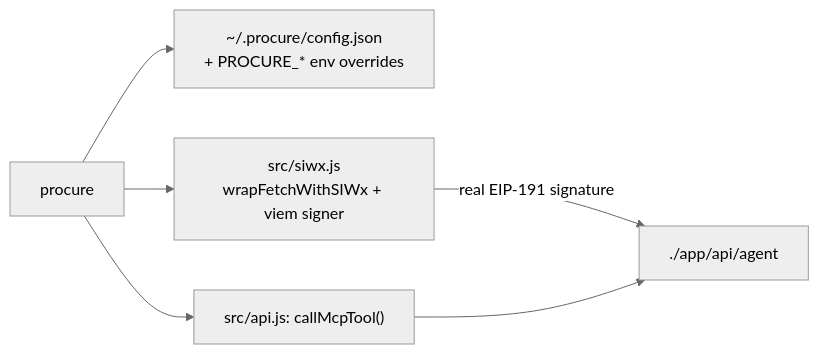
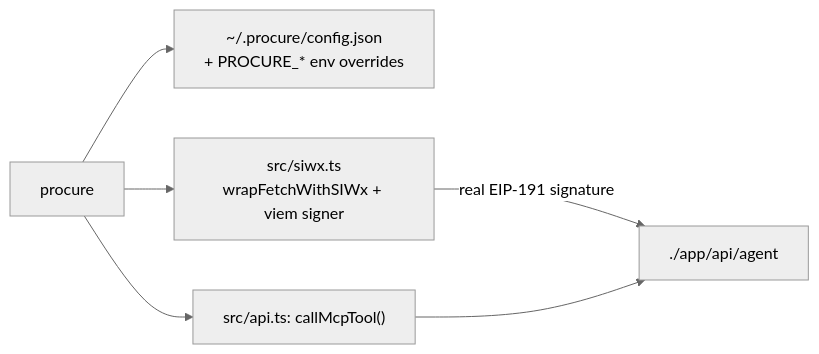
One commit to masaun/enterprise-procurement-agent-platform changed the second of 2 diagrams in agent-skills/README.md. Above: the diagram before and after it, drawn with Mermaid (neutral theme). The commit also changed other lines of this file and 10 other files, not shown here.

````diff
--- a/agent-skills/README.md
+++ b/agent-skills/README.md
@@ -56,8 +56,8 @@
 ```mermaid
 flowchart LR
     CLI["procure <command>"] --> Config["~/.procure/config.json\n+ PROCURE_* env overrides"]
-    CLI --> SIWX["src/siwx.js\nwrapFetchWithSIWx + viem signer"]
+    CLI --> SIWX["src/siwx.ts\nwrapFetchWithSIWx + viem signer"]
     SIWX -->|"real EIP-191 signature"| App["./app/api/agent"]
-    CLI --> MCP["src/api.js: callMcpTool()"]
+    CLI --> MCP["src/api.ts: callMcpTool()"]
     MCP --> App
 ```
````
